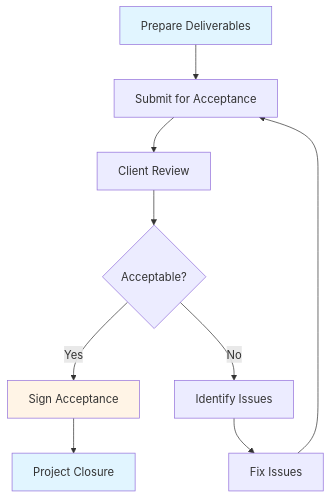
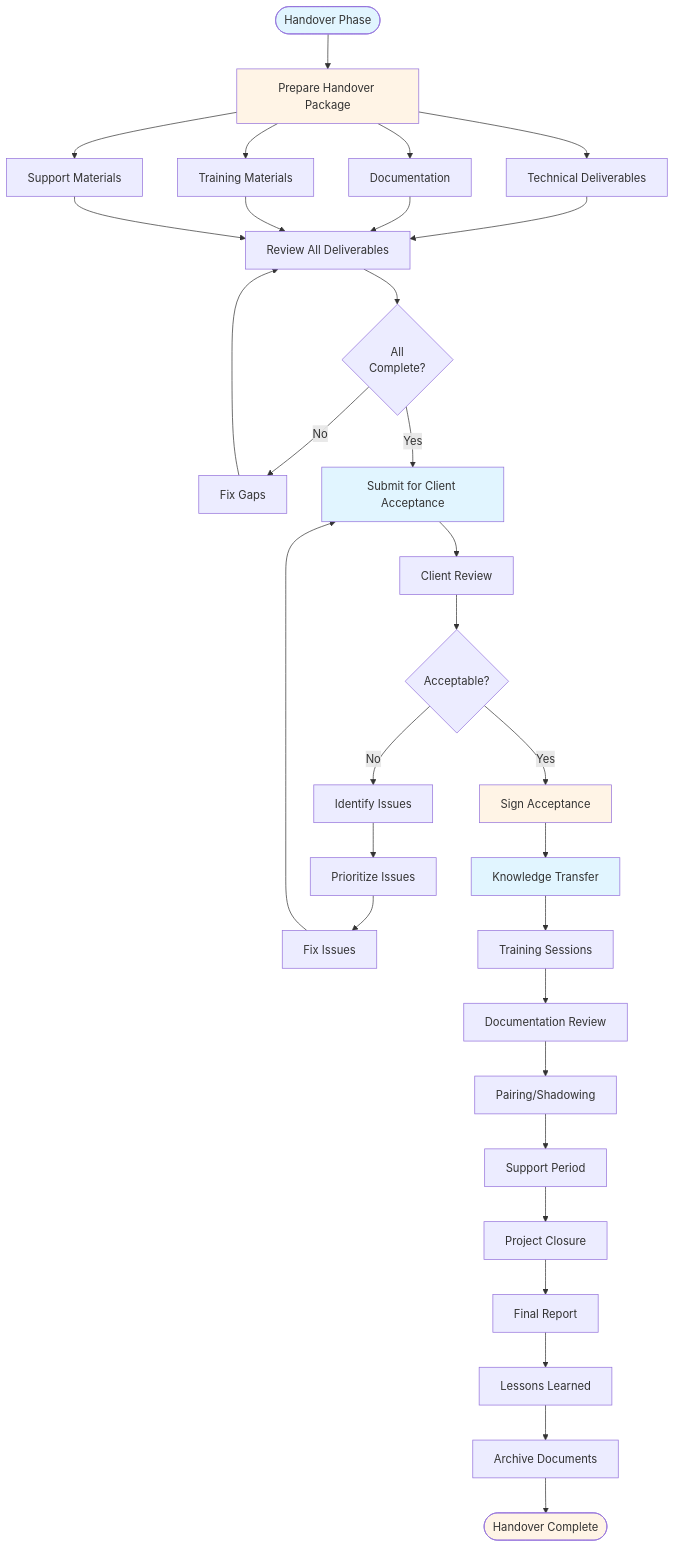
The second of 5 diagrams in PM-Guides/DELIVERY_HANDOVER_GUIDE.md (iouthnamain/tech-note), drawn with Mermaid before and after one commit. The commit also changed other lines of this file and 68 other files, not shown here.

````diff
--- a/PM-Guides/DELIVERY_HANDOVER_GUIDE.md
+++ b/PM-Guides/DELIVERY_HANDOVER_GUIDE.md
@@ -349,15 +394,48 @@
 ```mermaid
-graph TD
-    A[Prepare Deliverables] --> B[Submit for Acceptance]
-    B --> C[Client Review]
-    C --> D{Acceptable?}
-    D -->|Yes| E[Sign Acceptance]
-    D -->|No| F[Identify Issues]
-    F --> G[Fix Issues]
-    G --> B
-    E --> H[Project Closure]
+flowchart TD
+    Start([Handover Phase]) --> Prepare[Prepare Handover Package]
     
-    style A fill:#e1f5ff
-    style E fill:#fff4e6
-    style H fill:#e1f5ff
+    Prepare --> Technical[Technical Deliverables]
+    Prepare --> Documentation[Documentation]
+    Prepare --> Training[Training Materials]
+    Prepare --> Support[Support Materials]
+    
+    Technical --> Review[Review All Deliverables]
+    Documentation --> Review
+    Training --> Review
+    Support --> Review
+    
+    Review --> Complete{All<br/>Complete?}
+    Complete -->|No| Fix[Fix Gaps]
+    Fix --> Review
+    
+    Complete -->|Yes| Submit[Submit for Client Acceptance]
+    Submit --> ClientReview[Client Review]
+    
+    ClientReview --> Acceptable{Acceptable?}
+    Acceptable -->|No| Issues[Identify Issues]
+    Issues --> Prioritize[Prioritize Issues]
+    Prioritize --> FixIssues[Fix Issues]
+    FixIssues --> Submit
+    
+    Acceptable -->|Yes| SignOff[Sign Acceptance]
+    SignOff --> KnowledgeTransfer[Knowledge Transfer]
+    
+    KnowledgeTransfer --> TrainingSessions[Training Sessions]
+    TrainingSessions --> DocumentationReview[Documentation Review]
+    DocumentationReview --> Pairing[Pairing/Shadowing]
+    Pairing --> SupportPeriod[Support Period]
+    
+    SupportPeriod --> ProjectClosure[Project Closure]
+    ProjectClosure --> FinalReport[Final Report]
+    FinalReport --> Lessons[Lessons Learned]
+    Lessons --> Archive[Archive Documents]
+    Archive --> End([Handover Complete])
+    
+    style Start fill:#e1f5ff
+    style Prepare fill:#fff4e6
+    style Submit fill:#e1f5ff
+    style SignOff fill:#fff4e6
+    style KnowledgeTransfer fill:#e1f5ff
+    style End fill:#fff4e6
 ```
````
